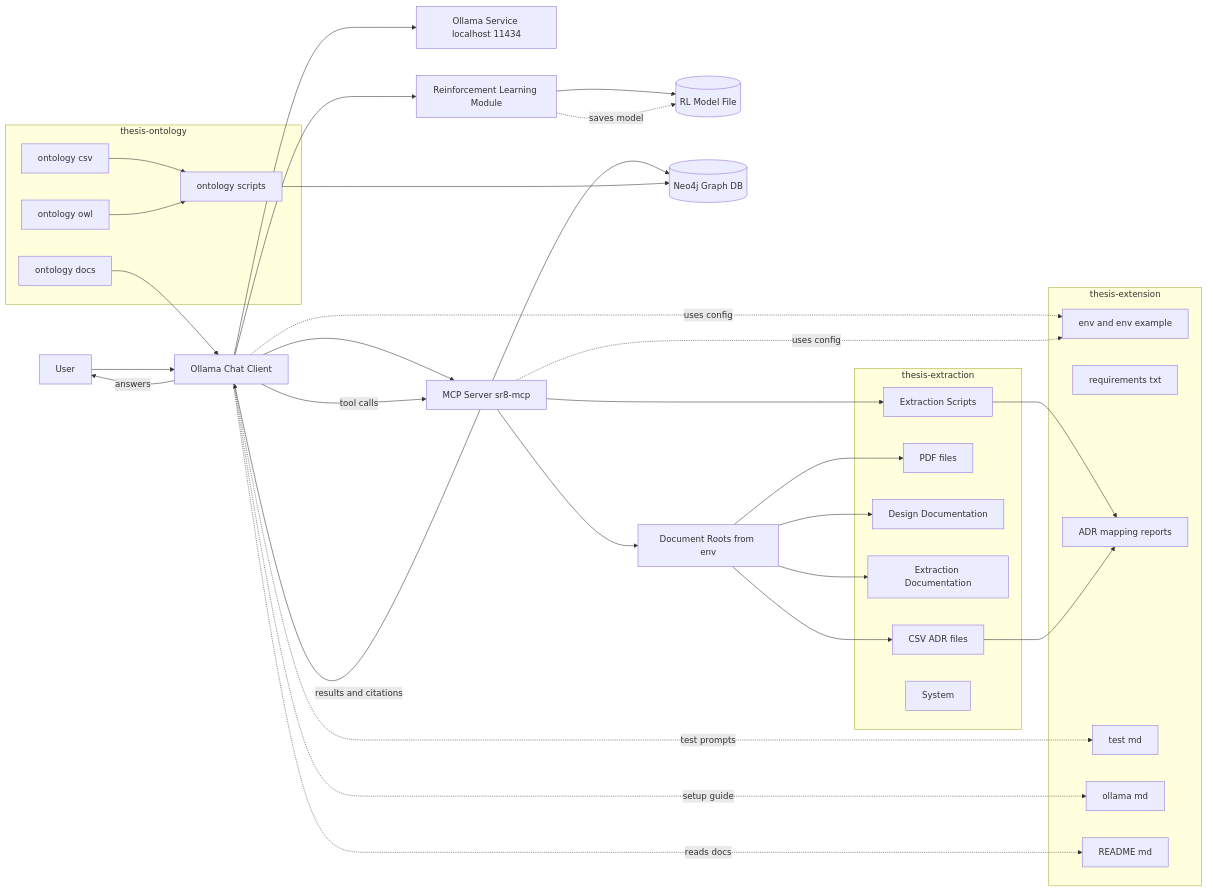
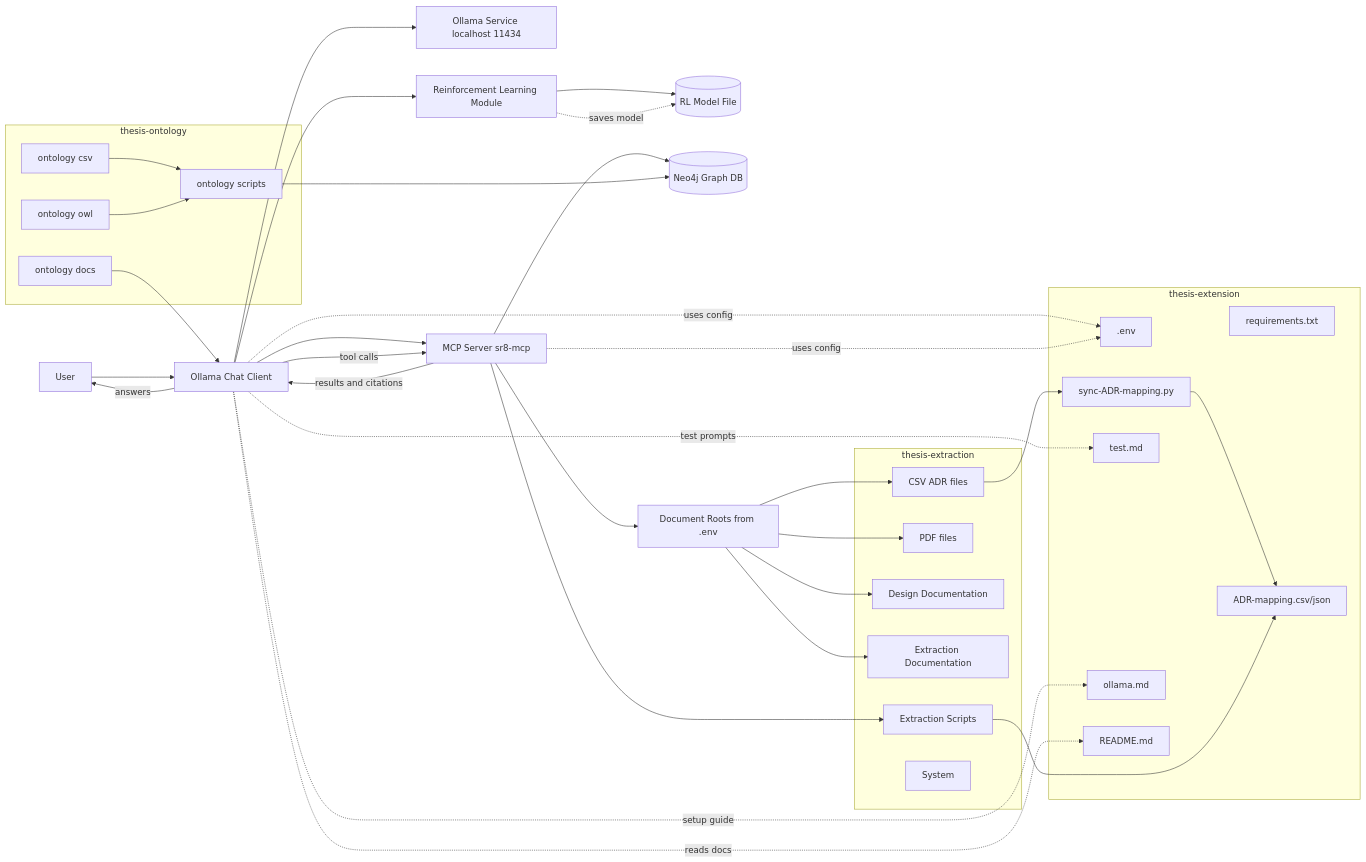
Before and after one commit to manansvr/Ontological-GraphRAG-Recommender: the diagram in architecture.md, drawn with Mermaid. The commit also changed 23 other files, not shown here.

First line of the commit message:
aligned the ontology and docs with the extraction pipeline (updated class/relationship/property schema, verification expectations, neo4j browser styling for consistent node colors, and refreshed markdown references across ontology/extraction/architecture docs).

````diff
--- a/architecture.md
+++ b/architecture.md
@@ -1,57 +1,59 @@
 ```mermaid
 flowchart LR
     U[User] --> C[Ollama Chat Client]
     C --> O[Ollama Service localhost 11434]
     C --> M[MCP Server sr8-mcp]
     C --> RL[Reinforcement Learning Module]
     RL --> RLM[(RL Model File)]
     M --> N[(Neo4j Graph DB)]
-    M --> DROOTS[Document Roots from env]
+    M --> DROOTS[Document Roots from .env]
 
     subgraph EXT[thesis-extension]
-        ENV[env and env example]
-        REQ[requirements txt]
-        REP[ADR mapping reports]
-        TESTQ[test md]
-        OMD[ollama md]
-        RMD[README md]
+        ENV[.env]
+        REQ[requirements.txt]
+        SYNC[sync-ADR-mapping.py]
+        MAP[ADR-mapping.csv/json]
+        TESTQ[test.md]
+        OMD[ollama.md]
+        RMD[README.md]
     end
 
     C -. uses config .-> ENV
     M -. uses config .-> ENV
     C -. reads docs .-> RMD
     C -. setup guide .-> OMD
     C -. test prompts .-> TESTQ
     RL -. saves model .-> RLM
+    SYNC --> MAP
 
     subgraph EXTR[thesis-extraction]
         EXCSV[CSV ADR files]
         EXPDF[PDF files]
         EXDES[Design Documentation]
         EXDOC[Extraction Documentation]
         EXSCR[Extraction Scripts]
         EXSYS[System]
     end
 
     subgraph ONT[thesis-ontology]
         OWL[ontology owl]
         OCSV[ontology csv]
         ODOC[ontology docs]
         OSCR[ontology scripts]
     end
 
     DROOTS --> EXCSV
     DROOTS --> EXPDF
     DROOTS --> EXDES
     DROOTS --> EXDOC
     M --> EXSCR
     OSCR --> N
     OCSV --> OSCR
     OWL --> OSCR
     ODOC --> C
-    EXSCR --> REP
-    EXCSV --> REP
+    EXCSV --> SYNC
+    EXSCR --> MAP
     C -->|tool calls| M
     M -->|results and citations| C
     C -->|answers| U
 ```
````
